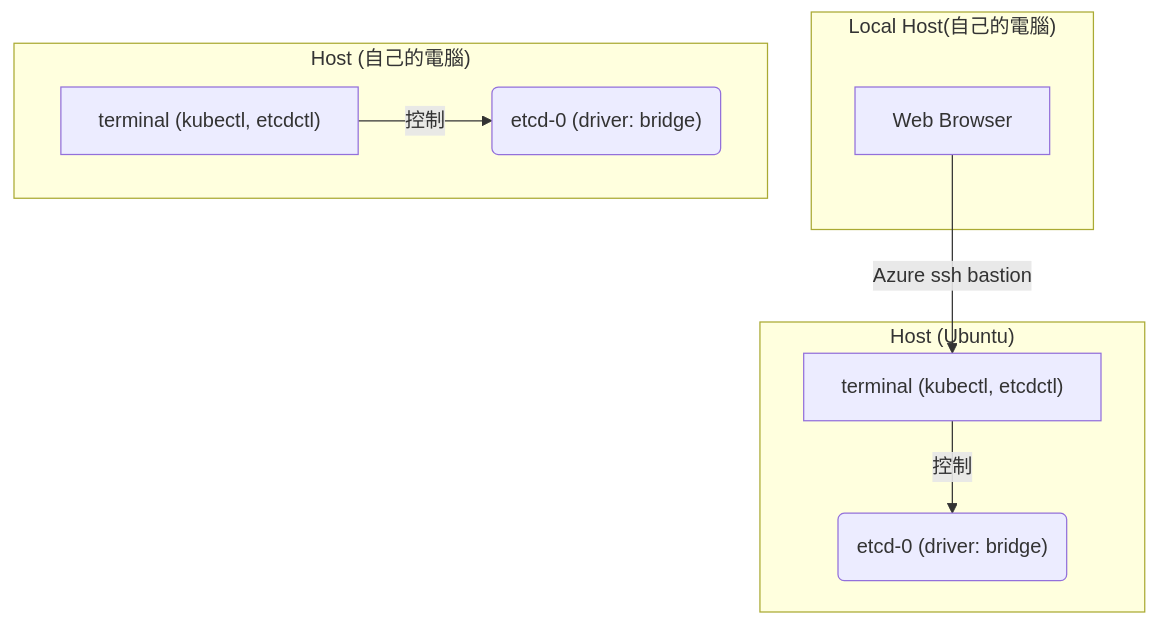
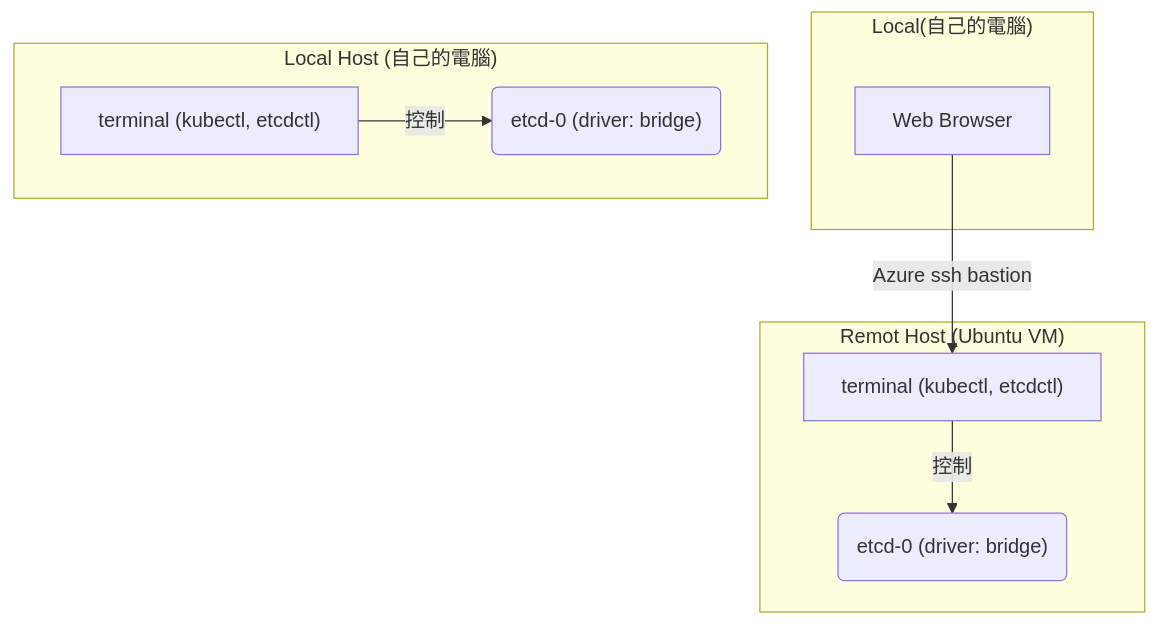
One commit to chechiachang/chechiachang.github.io-src changed the first of 4 diagrams in content/slides/2025-10-22-etcd-workshop/_index.md. Above: the diagram before and after it, drawn with Mermaid. The commit also changed other lines of this file and 2 other files, not shown here.

```diff
--- a/content/slides/2025-10-22-etcd-workshop/_index.md
+++ b/content/slides/2025-10-22-etcd-workshop/_index.md
@@ -185,18 +196,18 @@
 {{< mermaid >}}
 graph TD
-    subgraph "Host (Ubuntu)"
+    subgraph "Remot Host (Ubuntu VM)"
         A("etcd-0 (driver: bridge)")
         B["terminal (kubectl, etcdctl)"]
     end
-    subgraph "Local Host(自己的電腦)"
+    subgraph "Local(自己的電腦)"
         C["Web Browser"]
     end
     B -- 控制 --> A
     C -- Azure ssh bastion --> B
 
-    subgraph "Host (自己的電腦)"
+    subgraph "Local Host (自己的電腦)"
         A1("etcd-0 (driver: bridge)")
         B1["terminal (kubectl, etcdctl)"]
     end
     B1 -- 控制 --> A1
 {{< /mermaid >}}
```
